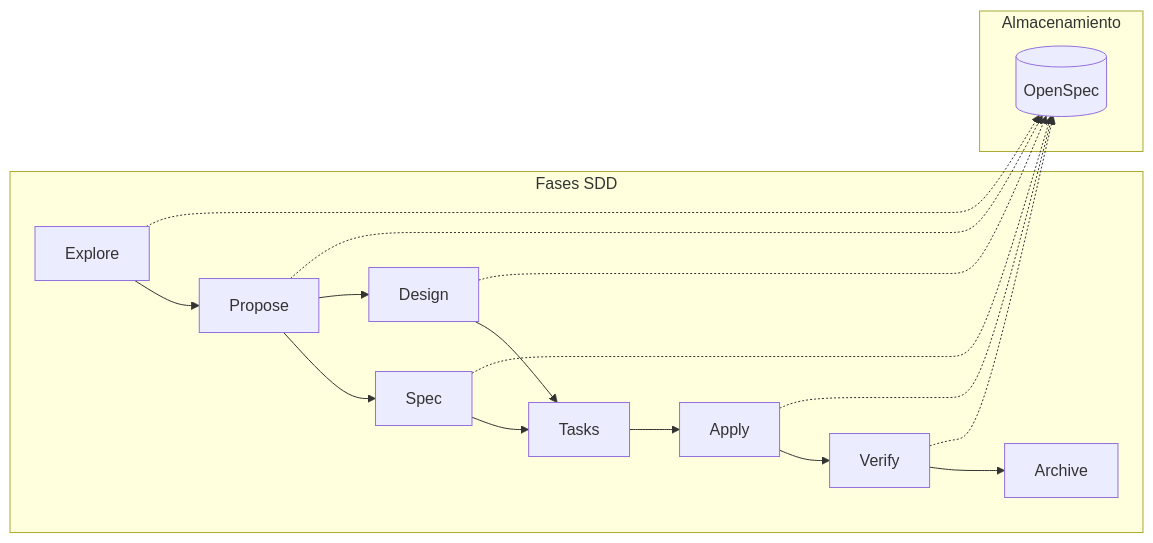
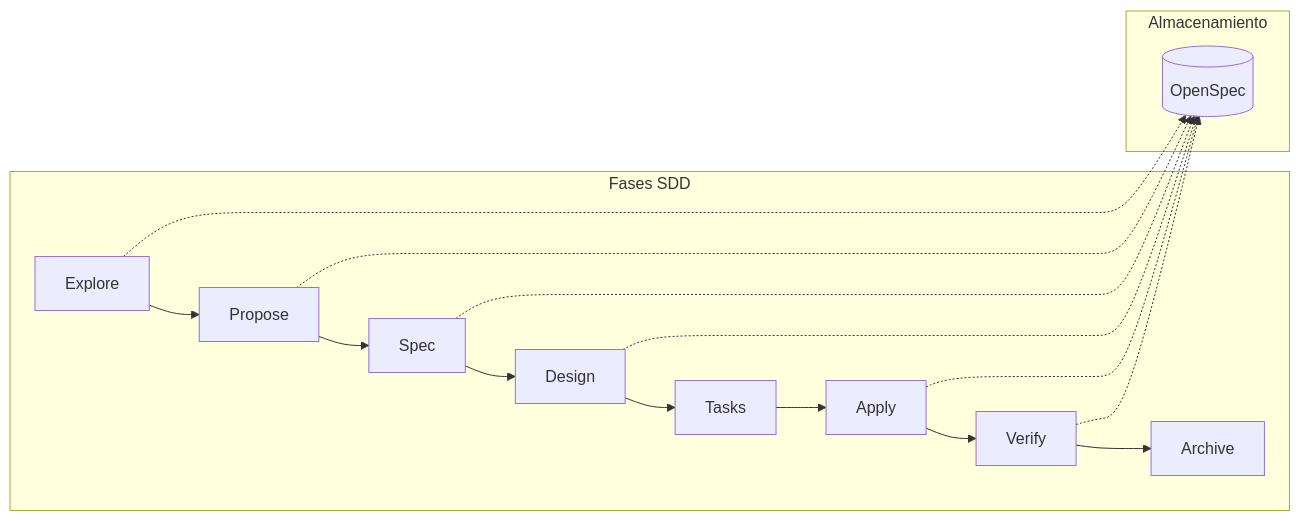
Before and after one commit to fdomerlo/state-guard: the diagram in README.md, drawn with Mermaid. The commit also changed other lines of this file and 129 other files, not shown here.

````diff
--- a/README.md
+++ b/README.md
@@ -89,24 +89,23 @@
 ```mermaid
 graph LR
     subgraph "Fases SDD"
         E[Explore] --> P[Propose]
         P --> S[Spec]
-        P --> D[Design]
-        S --> T[Tasks]
-        D --> T
+        S --> D[Design]
+        D --> T[Tasks]
         T --> A[Apply]
         A --> V[Verify]
         V --> R[Archive]
     end
     
     subgraph "Almacenamiento"
         O[(OpenSpec)]
     end
     
     E -.-> O
     P -.-> O
     S -.-> O
     D -.-> O
     A -.-> O
     V -.-> O
 ```
````
